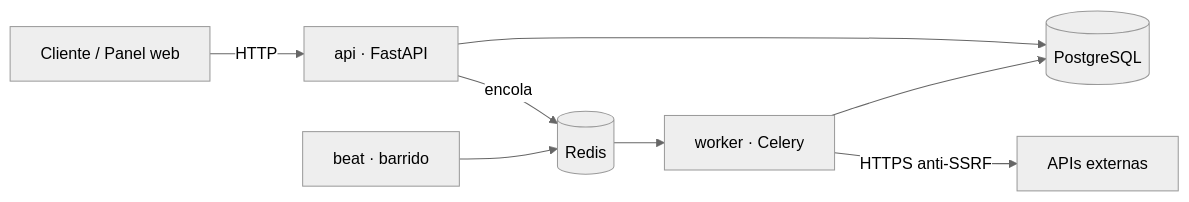
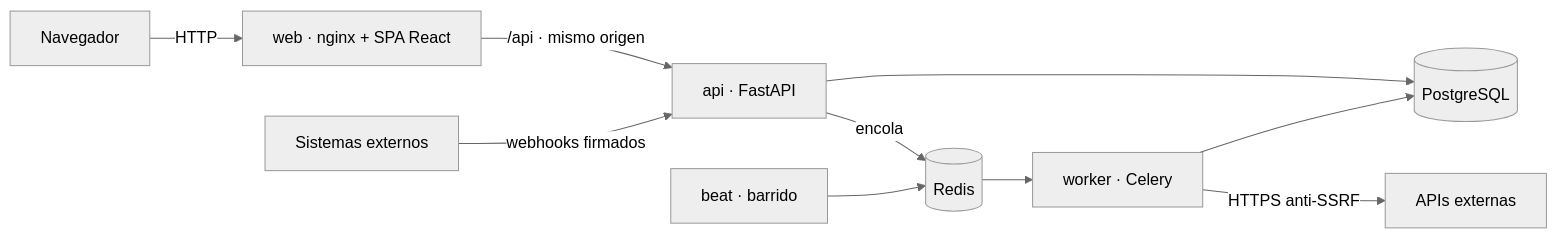
One commit to JuanSGarciaC/nexusflow changed the diagram in README.md. Above: the diagram before and after it, drawn with Mermaid (neutral theme). The commit also changed other lines of this file and 58 other files, not shown here.

First line of the commit message:
feat(frontend): panel web React + TypeScript + Mantine (Fase 8)

````diff
--- a/README.md
+++ b/README.md
@@ -48,10 +50,12 @@
 ```mermaid
 flowchart LR
-    client[Cliente / Panel web] -->|HTTP| api[api · FastAPI]
+    browser[Navegador] -->|HTTP| web[web · nginx + SPA React]
+    web -->|/api · mismo origen| api[api · FastAPI]
+    client[Sistemas externos] -->|webhooks firmados| api
     api --> pg[(PostgreSQL)]
     api -->|encola| redis[(Redis)]
     redis --> worker[worker · Celery]
     worker --> pg
     worker -->|HTTPS anti-SSRF| ext[APIs externas]
     beat[beat · barrido] --> redis
 ```
````
